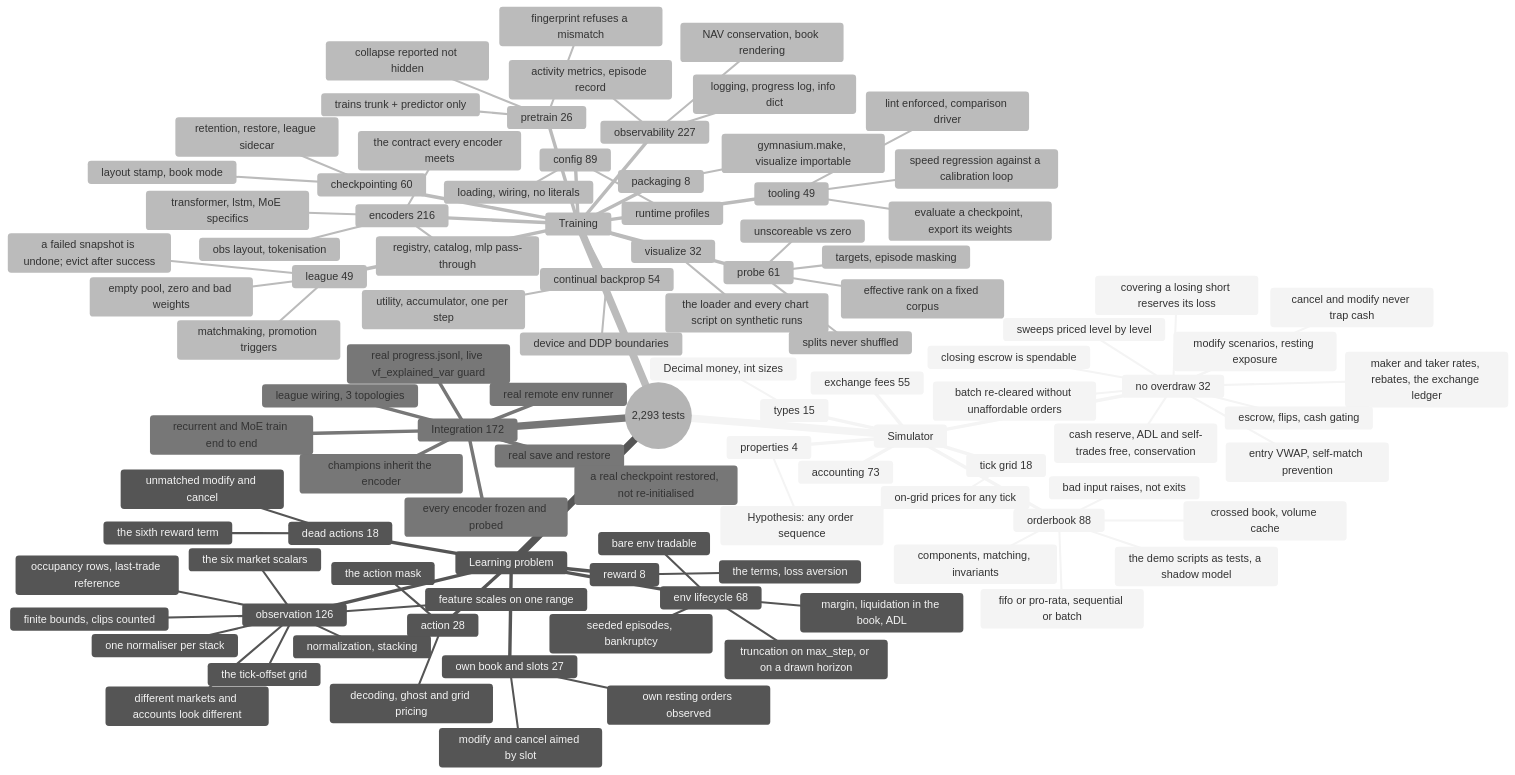
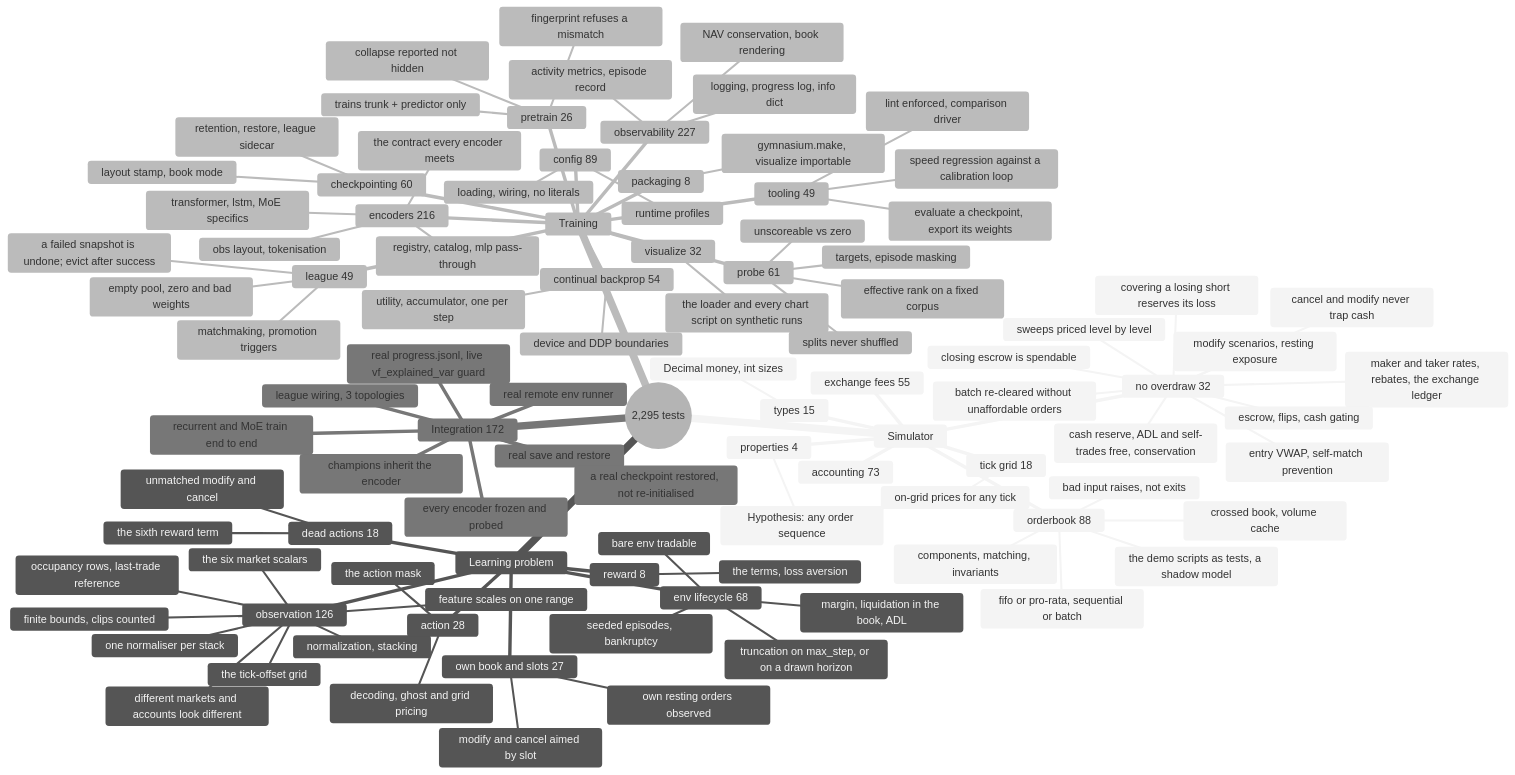
One commit to ChuaCheowHuan/gym-continuousDoubleAuction changed the diagram in doc/10_testing.md. Above: the diagram before and after it, drawn with Mermaid (neutral theme). The commit also changed other lines of this file and 7 other files, not shown here.

````diff
--- a/doc/10_testing.md
+++ b/doc/10_testing.md
@@ -174,6 +174,6 @@
 ```mermaid
 mindmap
-  root((2,293 tests))
+  root((2,295 tests))
     Simulator
       orderbook 88
         the demo scripts as tests, a shadow model
````
